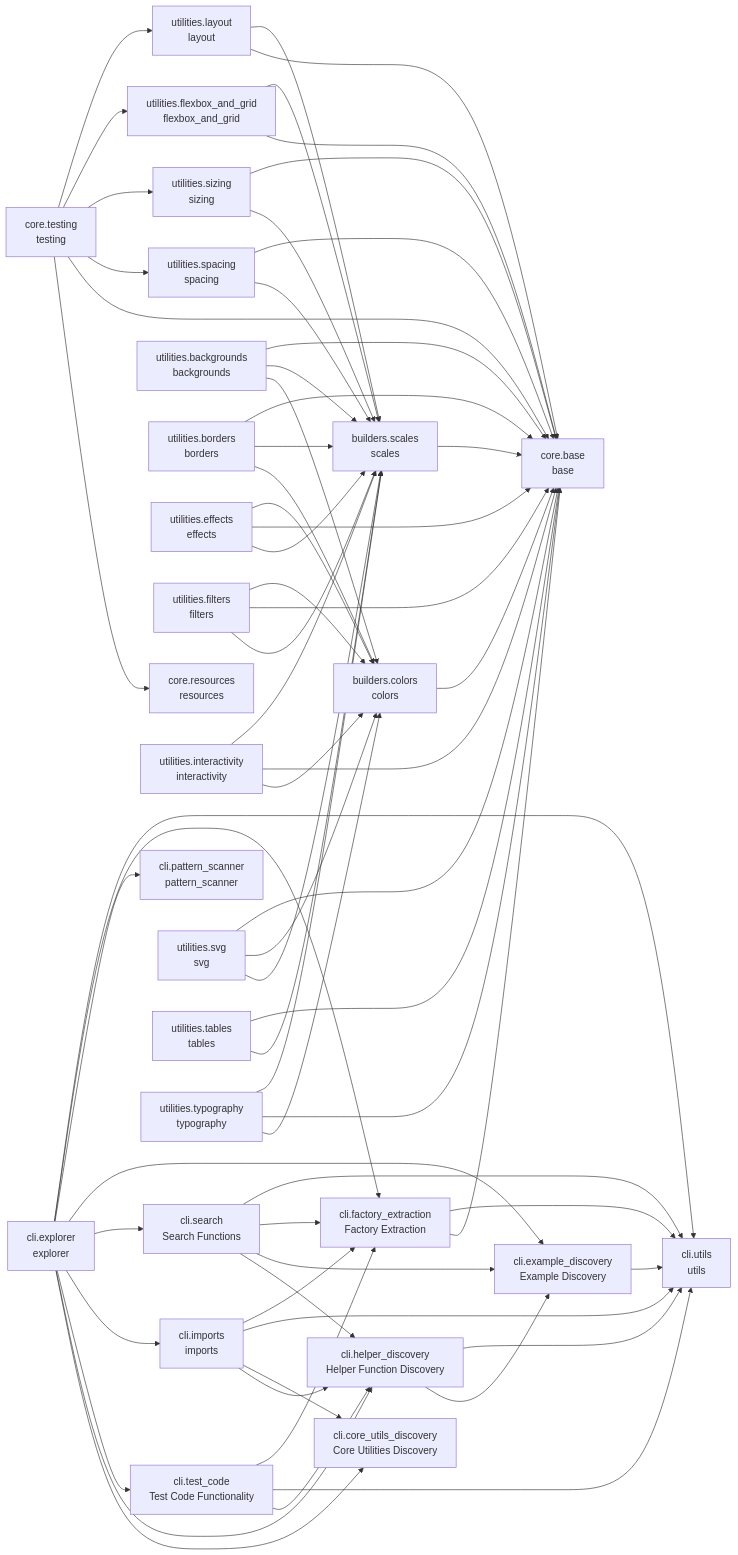
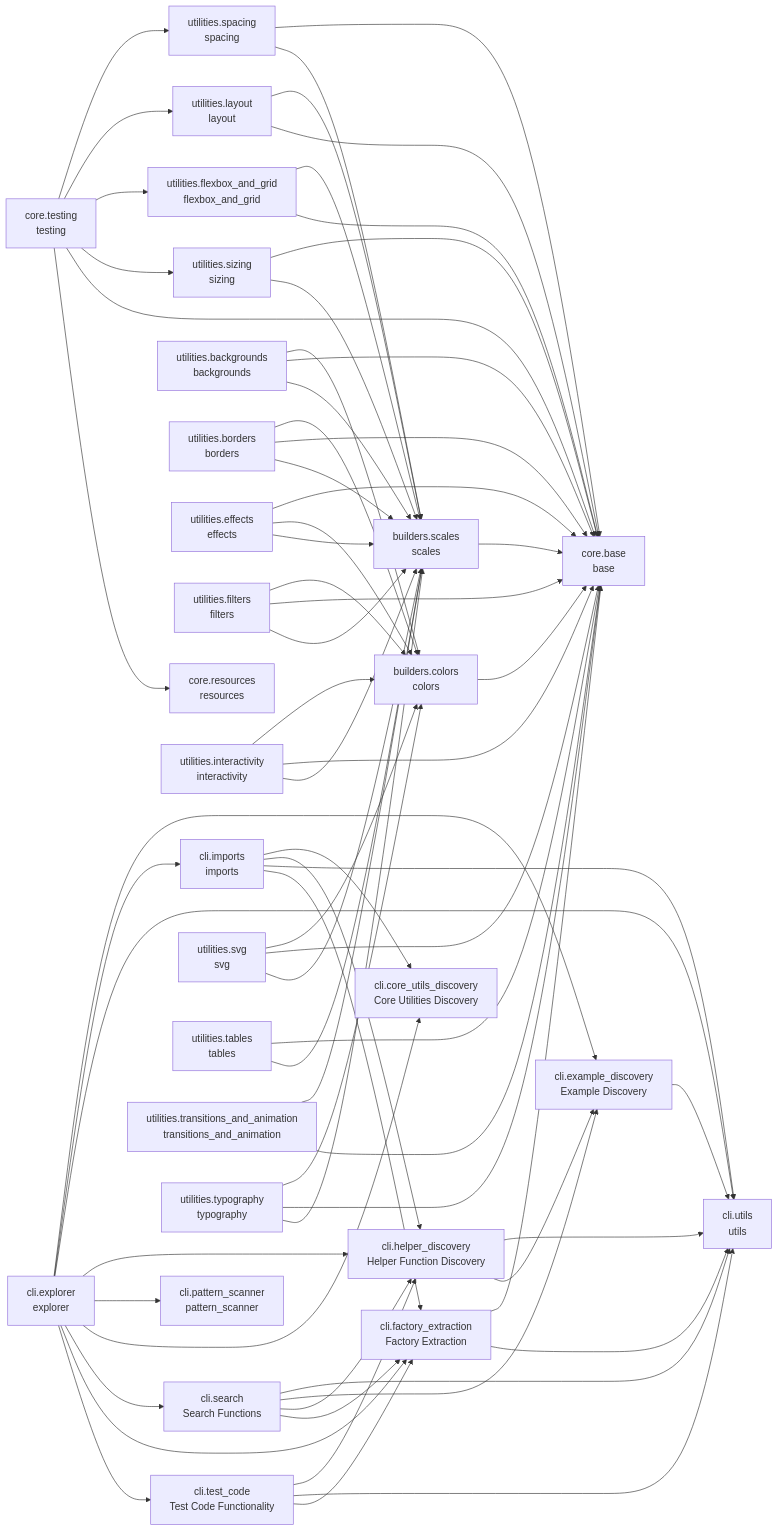
Before and after one commit to cj-mills/cjm-fasthtml-tailwind: the diagram in README.md, drawn with Mermaid. The commit also changed other lines of this file and 6 other files, not shown here.

Commit message:
Implement transitions_and_animation utilities.

````diff
--- a/README.md
+++ b/README.md
@@ -76,70 +77,73 @@
     utilities_spacing[utilities.spacing<br/>spacing]
     utilities_svg[utilities.svg<br/>svg]
     utilities_tables[utilities.tables<br/>tables]
+    utilities_transitions_and_animation[utilities.transitions_and_animation<br/>transitions_and_animation]
     utilities_typography[utilities.typography<br/>typography]
 
     builders_colors --> core_base
     builders_scales --> core_base
     cli_example_discovery --> cli_utils
+    cli_explorer --> cli_example_discovery
+    cli_explorer --> cli_imports
     cli_explorer --> cli_utils
+    cli_explorer --> cli_helper_discovery
+    cli_explorer --> cli_pattern_scanner
+    cli_explorer --> cli_core_utils_discovery
+    cli_explorer --> cli_search
     cli_explorer --> cli_factory_extraction
-    cli_explorer --> cli_pattern_scanner
-    cli_explorer --> cli_example_discovery
-    cli_explorer --> cli_search
-    cli_explorer --> cli_imports
     cli_explorer --> cli_test_code
-    cli_explorer --> cli_helper_discovery
-    cli_explorer --> cli_core_utils_discovery
+    cli_factory_extraction --> core_base
     cli_factory_extraction --> cli_utils
-    cli_factory_extraction --> core_base
     cli_helper_discovery --> cli_utils
     cli_helper_discovery --> cli_example_discovery
-    cli_imports --> cli_factory_extraction
-    cli_imports --> cli_utils
     cli_imports --> cli_core_utils_discovery
     cli_imports --> cli_helper_discovery
+    cli_imports --> cli_utils
+    cli_imports --> cli_factory_extraction
     cli_search --> cli_utils
-    cli_search --> cli_factory_extraction
     cli_search --> cli_example_discovery
     cli_search --> cli_helper_discovery
+    cli_search --> cli_factory_extraction
+    cli_test_code --> cli_helper_discovery
+    cli_test_code --> cli_utils
     cli_test_code --> cli_factory_extraction
-    cli_test_code --> cli_utils
-    cli_test_code --> cli_helper_discovery
+    core_testing --> utilities_spacing
     core_testing --> utilities_layout
     core_testing --> utilities_flexbox_and_grid
     core_testing --> utilities_sizing
-    core_testing --> utilities_spacing
     core_testing --> core_base
     core_testing --> core_resources
+    utilities_backgrounds --> builders_colors
     utilities_backgrounds --> core_base
     utilities_backgrounds --> builders_scales
-    utilities_backgrounds --> builders_colors
+    utilities_borders --> builders_colors
     utilities_borders --> core_base
     utilities_borders --> builders_scales
-    utilities_borders --> builders_colors
+    utilities_effects --> core_base
     utilities_effects --> builders_colors
-    utilities_effects --> core_base
     utilities_effects --> builders_scales
     utilities_filters --> builders_colors
     utilities_filters --> core_base
     utilities_filters --> builders_scales
     utilities_flexbox_and_grid --> builders_scales
     utilities_flexbox_and_grid --> core_base
+    utilities_interactivity --> builders_colors
+    utilities_interactivity --> core_base
     utilities_interactivity --> builders_scales
-    utilities_interactivity --> core_base
-    utilities_interactivity --> builders_colors
     utilities_layout --> builders_scales
     utilities_layout --> core_base
     utilities_sizing --> core_base
     utilities_sizing --> builders_scales
     utilities_spacing --> core_base
     utilities_spacing --> builders_scales
+    utilities_svg --> builders_colors
     utilities_svg --> core_base
-    utilities_svg --> builders_colors
     utilities_svg --> builders_scales
     utilities_tables --> core_base
     utilities_tables --> builders_scales
+    utilities_transitions_and_animation --> builders_scales
+    utilities_transitions_and_animation --> core_base
+    utilities_typography --> builders_colors
+    utilities_typography --> core_base
     utilities_typography --> builders_scales
-    utilities_typography --> core_base
-    utilities_typography --> builders_colors
 ```
````
